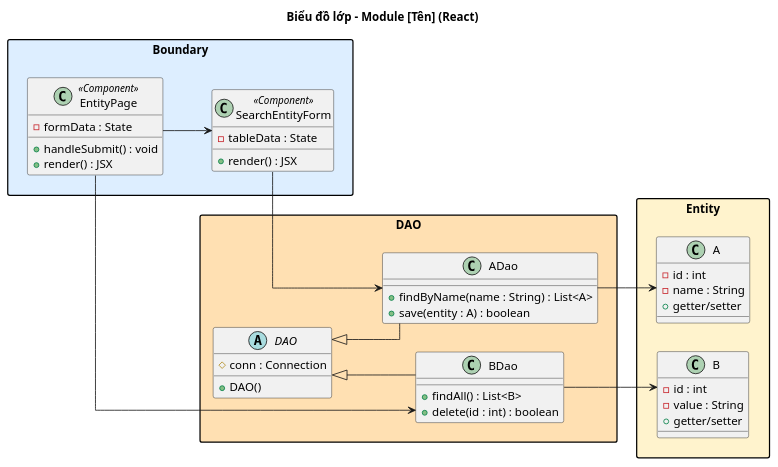
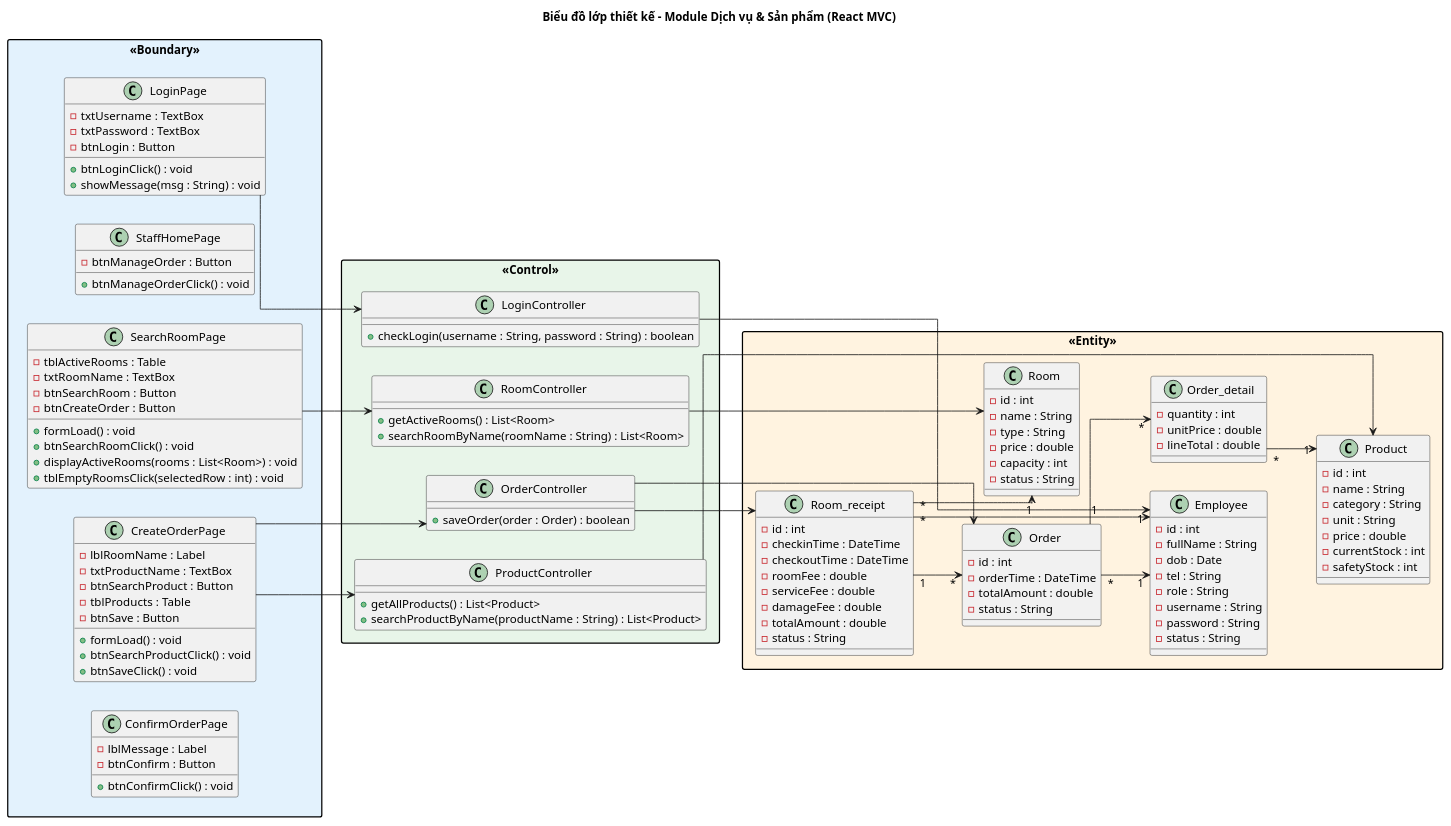
One commit to thanhtrnnn/cnpm changed the fourth of 6 diagrams in .claude/skills/cnpm/SKILL.md. Above: the diagram before and after it, drawn with PlantUML. The commit also changed other lines of this file and 15 other files, not shown here.

First line of the commit message:
fix: PlantUML theme v2 — hide C/A icons, tighten spacing, add layout rules

````diff
--- a/.claude/skills/cnpm/SKILL.md
+++ b/.claude/skills/cnpm/SKILL.md
@@ -437,58 +490,136 @@
 skinparam linetype ortho
 skinparam packageStyle rectangle
 skinparam packageMaxWidth 800
-title Biểu đồ lớp – Module [Tên] (React)
+title Biểu đồ lớp thiết kế – Module Dịch vụ & Sản phẩm (React MVC)
 
-package "Boundary" #DDEEFF {
+package "<<Boundary>>" #E3F2FD {
   together {
-    class EntityPage <<Component>> {
-      -formData : State
-      +handleSubmit() : void
-      +render() : JSX
+    class LoginPage {
+      -txtUsername : TextBox
+      -txtPassword : TextBox
+      -btnLogin : Button
+      +btnLoginClick() : void
+      +showMessage(msg : String) : void
     }
-    class SearchEntityForm <<Component>> {
-      -tableData : State
-      +render() : JSX
+    class StaffHomePage {
+      -btnManageOrder : Button
+      +btnManageOrderClick() : void
+    }
+    class SearchRoomPage {
+      -tblActiveRooms : Table
+      -txtRoomName : TextBox
+      -btnSearchRoom : Button
+      -btnCreateOrder : Button
+      +formLoad() : void
+      +btnSearchRoomClick() : void
+      +displayActiveRooms(rooms : List<Room>) : void
+      +tblEmptyRoomsClick(selectedRow : int) : void
+    }
+    class CreateOrderPage {
+      -lblRoomName : Label
+      -txtProductName : TextBox
+      -btnSearchProduct : Button
+      -tblProducts : Table
+      -btnSave : Button
+      +formLoad() : void
+      +btnSearchProductClick() : void
+      +btnSaveClick() : void
+    }
+    class ConfirmOrderPage {
+      -lblMessage : Label
+      -btnConfirm : Button
+      +btnConfirmClick() : void
     }
   }
 }
 
-package "DAO" #FFE0B2 {
-  abstract class DAO {
-    #conn : Connection
-    +DAO()
+package "<<Control>>" #E8F5E9 {
+  class LoginController {
+    +checkLogin(username : String, password : String) : boolean
   }
-  together {
-    class ADao extends DAO {
-      +findByName(name : String) : List<A>
-      +save(entity : A) : boolean
-    }
-    class BDao extends DAO {
-      +findAll() : List<B>
-      +delete(id : int) : boolean
-    }
+  class RoomController {
+    +getActiveRooms() : List<Room>
+    +searchRoomByName(roomName : String) : List<Room>
+  }
+  class ProductController {
+    +getAllProducts() : List<Product>
+    +searchProductByName(productName : String) : List<Product>
+  }
+  class OrderController {
+    +saveOrder(order : Order) : boolean
   }
 }
 
-package "Entity" #FFF3CD {
-  together {
-    class A {
-      -id : int
-      -name : String
-      +getter/setter
-    }
-    class B {
-      -id : int
-      -value : String
-      +getter/setter
-    }
+package "<<Entity>>" #FFF3E0 {
+  class Employee {
+    -id : int
+    -fullName : String
+    -dob : Date
+    -tel : String
+    -role : String
+    -username : String
+    -password : String
+    -status : String
+  }
+  class Room {
+    -id : int
+    -name : String
+    -type : String
+    -price : double
+    -capacity : int
+    -status : String
+  }
+  class Order {
+    -id : int
+    -orderTime : DateTime
+    -totalAmount : double
+    -status : String
+  }
+  class Product {
+    -id : int
+    -name : String
+    -category : String
+    -unit : String
+    -price : double
+    -currentStock : int
+    -safetyStock : int
+  }
+  class Room_receipt {
+    -id : int
+    -checkinTime : DateTime
+    -checkoutTime : DateTime
+    -roomFee : double
+    -serviceFee : double
+    -damageFee : double
+    -totalAmount : double
+    -status : String
+  }
+  class Order_detail {
+    -quantity : int
+    -unitPrice : double
+    -lineTotal : double
   }
 }
 
-EntityPage --> SearchEntityForm
-SearchEntityForm --> ADao
-EntityPage --> BDao
-ADao --> A
-BDao --> B
+' Boundary -> Control
+LoginPage --> LoginController
+SearchRoomPage --> RoomController
+CreateOrderPage --> ProductController
+CreateOrderPage --> OrderController
+
+' Control -> Entity
+LoginController --> Employee
+RoomController --> Room
+ProductController --> Product
+OrderController --> Order
+OrderController --> Room_receipt
+
+' Entity relationships
+Room_receipt "1" --> "*" Order
+Order "1" --> "*" Order_detail
+Order_detail "*" --> "1" Product
+Room_receipt "*" --> "1" Room
+Room_receipt "*" --> "1" Employee
+Order "*" --> "1" Employee
 @enduml
 ```
````
